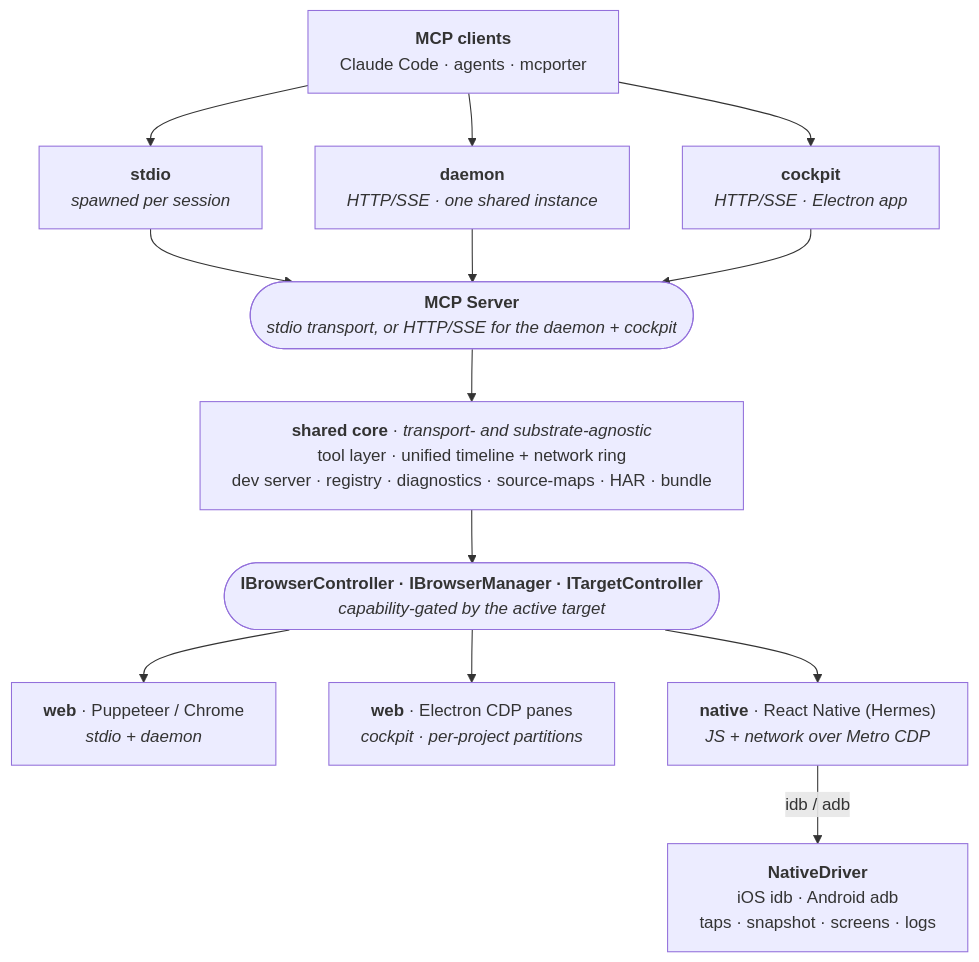
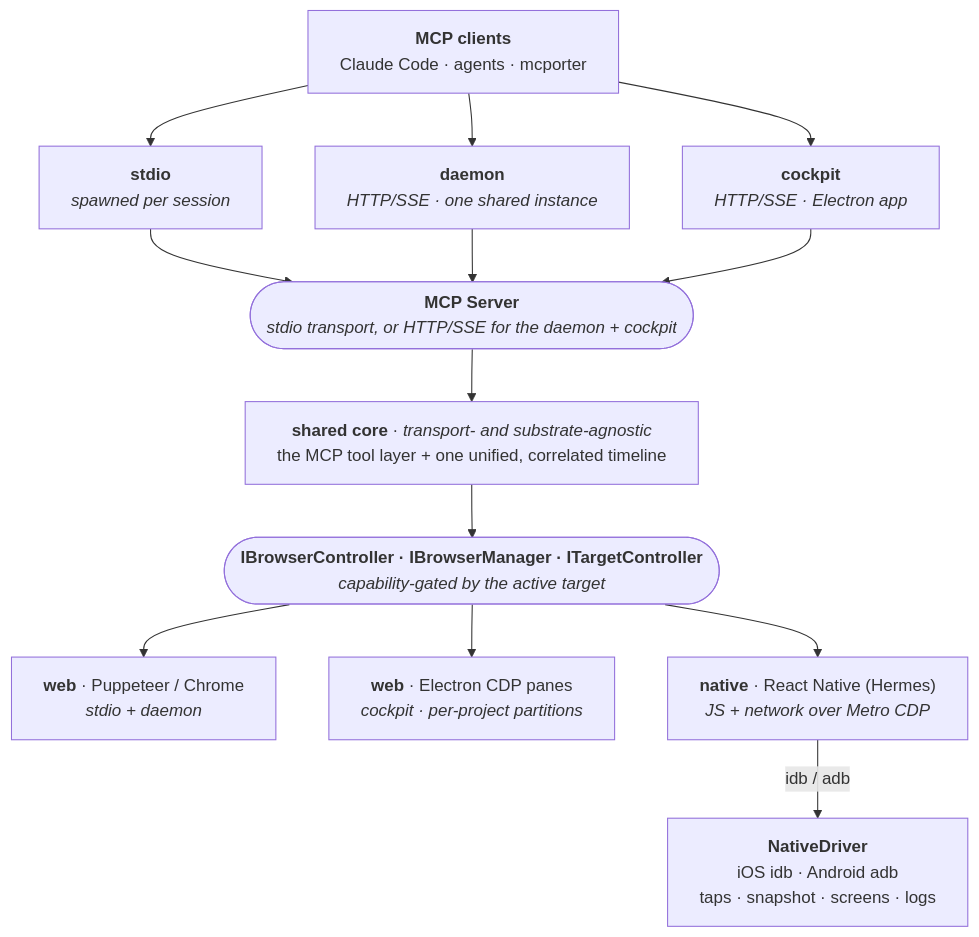
The diagram in README.md (vincentvella/devloop), drawn with Mermaid before and after one commit. The commit also changed other lines of this file and 1 other file, not shown here.

First line of the commit message:
docs: drop the README filename map for a conceptual layer breakdown; slim the core node

````diff
--- a/README.md
+++ b/README.md
@@ -38,27 +38,27 @@
 ```mermaid
 %%{init: {"flowchart": {"wrappingWidth": 700}}}%%
 flowchart TD
   clients["<b>MCP clients</b><br/>Claude Code · agents · mcporter"]
   clients --> stdio & daemon & cockpit
 
   stdio["<b>stdio</b><br/><i>spawned per session</i>"]
   daemon["<b>daemon</b><br/><i>HTTP/SSE · one shared instance</i>"]
   cockpit["<b>cockpit</b><br/><i>HTTP/SSE · Electron app</i>"]
 
   stdio --> mcp
   daemon --> mcp
   cockpit --> mcp
   mcp(["<b>MCP Server</b><br/><i>stdio transport, or HTTP/SSE for the daemon + cockpit</i>"])
   mcp --> core
 
-  core["<b>shared core</b> · <i>transport- and substrate-agnostic</i><br/>tool layer · unified timeline + network ring<br/>dev server · registry · diagnostics · source-maps · HAR · bundle"]
+  core["<b>shared core</b> · <i>transport- and substrate-agnostic</i><br/>the MCP tool layer + one unified, correlated timeline"]
 
   core --> iface(["<b>IBrowserController · IBrowserManager · ITargetController</b><br/><i>capability-gated by the active target</i>"])
   iface --> pup & elec & rn
 
   pup["<b>web</b> · Puppeteer / Chrome<br/><i>stdio + daemon</i>"]
   elec["<b>web</b> · Electron CDP panes<br/><i>cockpit · per-project partitions</i>"]
   rn["<b>native</b> · React Native (Hermes)<br/><i>JS + network over Metro CDP</i>"]
 
   rn -->|"idb / adb"| nd["<b>NativeDriver</b><br/>iOS idb · Android adb<br/>taps · snapshot · screens · logs"]
 ```
````
